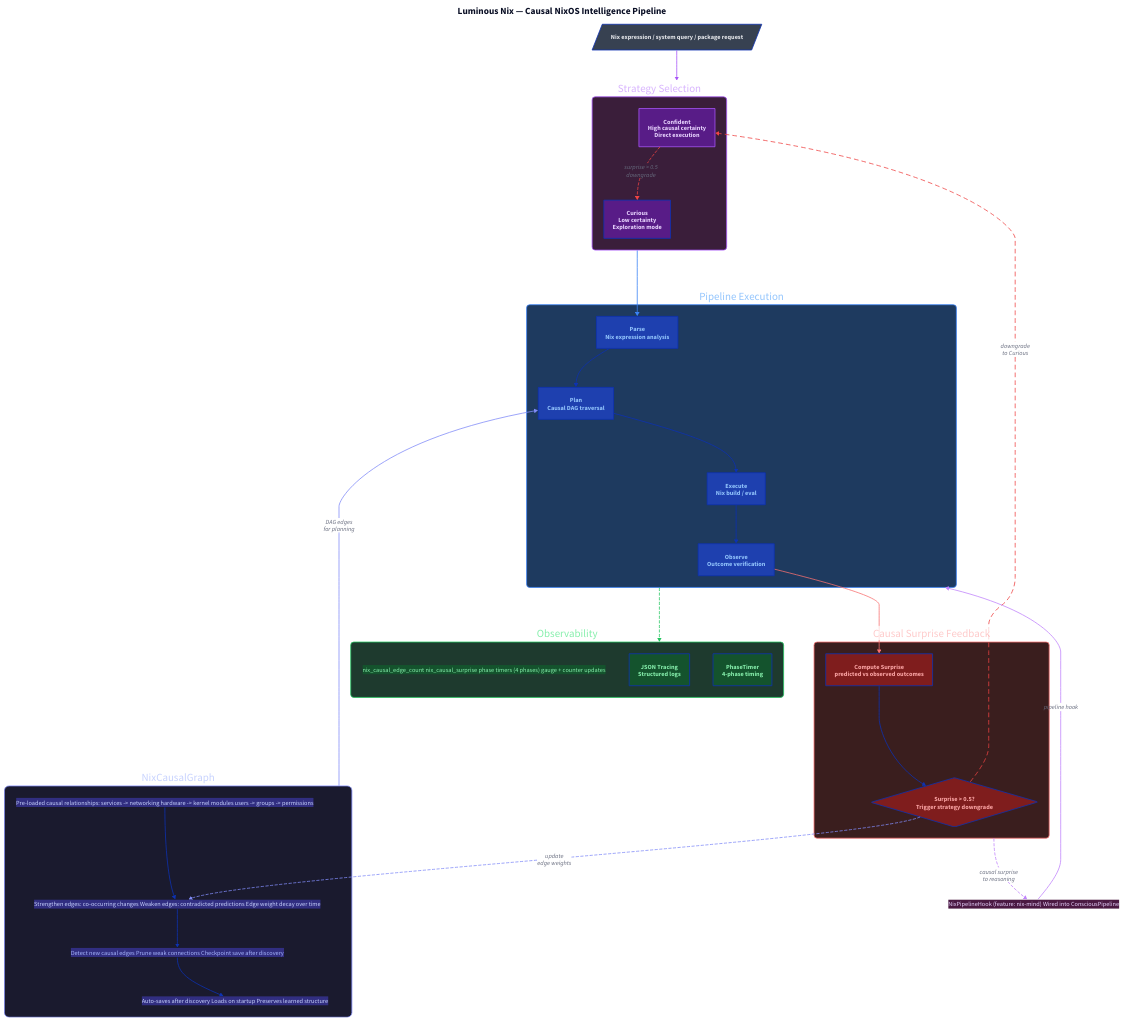
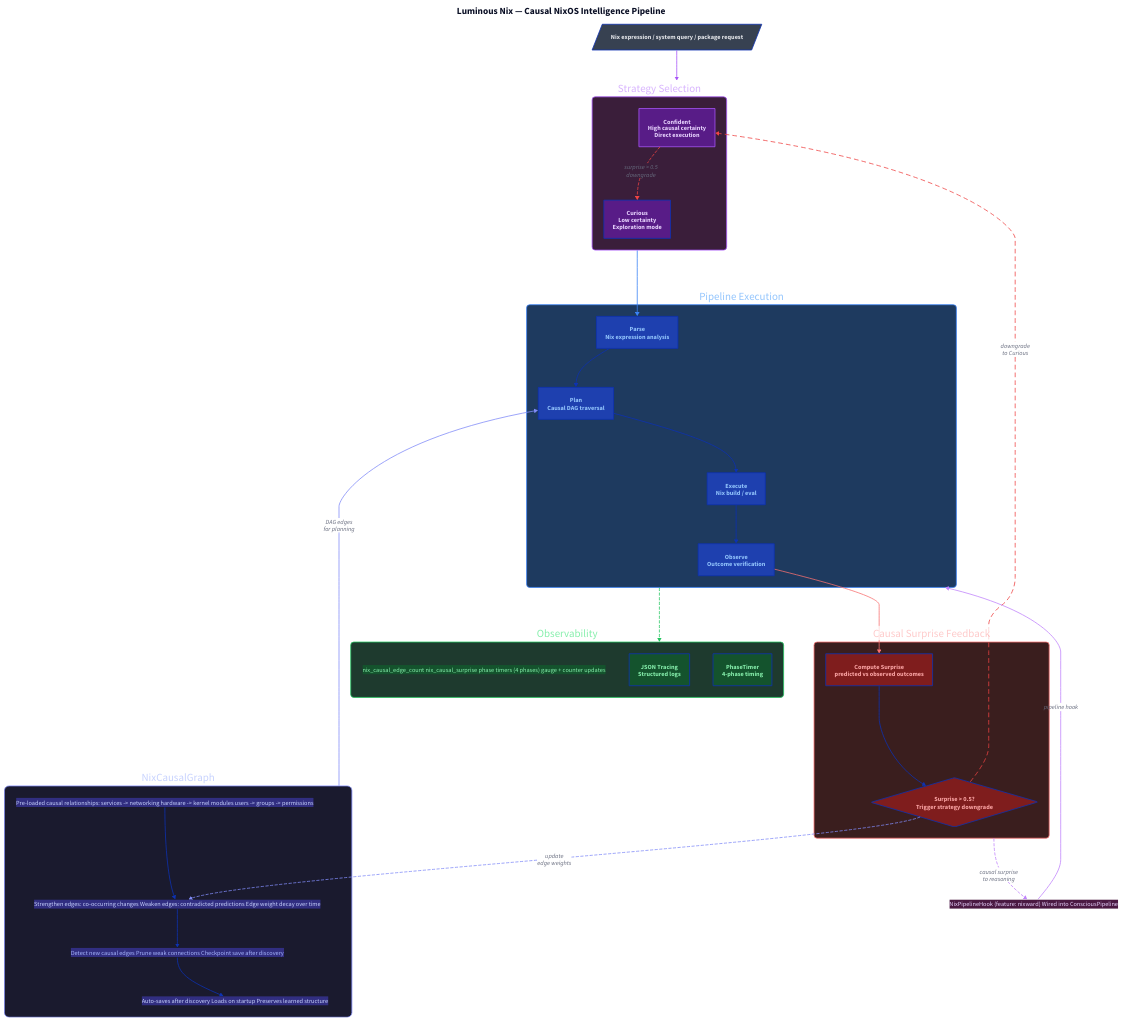
The diagram in docs/architecture/d2/luminous-nix-pipeline.d2 (Luminous-Dynamics/symthaea), drawn with D2 before and after one commit. The commit also changed 569 other files, not shown here.

```diff
--- a/docs/architecture/d2/luminous-nix-pipeline.d2
+++ b/docs/architecture/d2/luminous-nix-pipeline.d2
@@ -1,197 +1,197 @@
 # Luminous Nix Pipeline — NixOS Configuration Intelligence
 # Professional Tier 1 Diagram
 
 direction: down
 
 title: {
   label: Luminous Nix — Causal NixOS Intelligence Pipeline
   near: top-center
   shape: text
   style.font-size: 24
   style.bold: true
 }
 
 # ═══════════════════════════════════════════
 # INPUT
 # ═══════════════════════════════════════════
 input: NixOS Configuration Request {
   shape: parallelogram
   style.fill: "#374151"
   style.font-color: "#e5e7eb"
   label: Nix expression / system query / package request
 }
 
 # ═══════════════════════════════════════════
 # STRATEGY SELECTION
 # ═══════════════════════════════════════════
 strategy: Strategy Selection {
   style.fill: "#3a1e3a"
   style.stroke: "#a855f7"
   style.font-color: "#d8b4fe"
   style.border-radius: 8
 
   confident: "Confident\nHigh causal certainty\nDirect execution" {
     style.fill: "#581c87"
     style.font-color: "#e9d5ff"
     style.stroke: "#a855f7"
   }
   curious: "Curious\nLow certainty\nExploration mode" {
     style.fill: "#581c87"
     style.font-color: "#e9d5ff"
   }
 
   confident -> curious: "surprise > 0.5\ndowngrade" {
     style.stroke: "#ef4444"
     style.stroke-dash: 3
   }
 }
 
 # ═══════════════════════════════════════════
 # CAUSAL GRAPH
 # ═══════════════════════════════════════════
 causal: NixCausalGraph {
   style.fill: "#1a1a2e"
   style.stroke: "#818cf8"
   style.font-color: "#c7d2fe"
   style.border-radius: 12
 
   bootstrap: "Bootstrap\n~210 NixOS Patterns" {
     style.fill: "#312e81"
     style.font-color: "#c7d2fe"
     label: |md
       Pre-loaded causal relationships:
       services -> networking
       hardware -> kernel modules
       users -> groups -> permissions
     |
   }
 
   learn: "Hebbian Learning\n(every cycle)" {
     style.fill: "#312e81"
     style.font-color: "#c7d2fe"
     label: |md
       Strengthen edges: co-occurring changes
       Weaken edges: contradicted predictions
       Edge weight decay over time
     |
   }
 
   discover: "Structure Discovery\n(every 50 cycles)" {
     style.fill: "#312e81"
     style.font-color: "#a5b4fc"
     style.stroke: "#818cf8"
     label: |md
       Detect new causal edges
       Prune weak connections
       Checkpoint save after discovery
     |
   }
 
   checkpoint: "Checkpoint\nSave / Load" {
     style.fill: "#312e81"
     style.font-color: "#c7d2fe"
     label: |md
       Auto-saves after discovery
       Loads on startup
       Preserves learned structure
     |
   }
 
   bootstrap -> learn -> discover -> checkpoint
 }
 
 # ═══════════════════════════════════════════
 # PIPELINE EXECUTION
 # ═══════════════════════════════════════════
 execution: Pipeline Execution {
   style.fill: "#1e3a5f"
   style.stroke: "#3b82f6"
   style.font-color: "#93c5fd"
   style.border-radius: 8
 
   parse: "Parse\nNix expression analysis" {style.fill: "#1e40af"; style.font-color: "#93c5fd"}
   plan: "Plan\nCausal DAG traversal" {style.fill: "#1e40af"; style.font-color: "#93c5fd"}
   execute: "Execute\nNix build / eval" {style.fill: "#1e40af"; style.font-color: "#93c5fd"}
   observe: "Observe\nOutcome verification" {style.fill: "#1e40af"; style.font-color: "#93c5fd"}
 
   parse -> plan -> execute -> observe
 }
 
 # ═══════════════════════════════════════════
 # SURPRISE FEEDBACK
 # ═══════════════════════════════════════════
 surprise: Causal Surprise Feedback {
   style.fill: "#3a1e1e"
   style.stroke: "#f87171"
   style.font-color: "#fecaca"
   style.border-radius: 8
 
   compute: "Compute Surprise\npredicted vs observed outcomes" {
     style.fill: "#7f1d1d"
     style.font-color: "#fca5a5"
   }
   threshold: "Surprise > 0.5?\nTrigger strategy downgrade" {
     shape: diamond
     style.fill: "#7f1d1d"
     style.font-color: "#fca5a5"
   }
 
   compute -> threshold
 }
 
 # ═══════════════════════════════════════════
 # OBSERVABILITY
 # ═══════════════════════════════════════════
 observability: Observability {
   style.fill: "#1e3a2e"
   style.stroke: "#22c55e"
   style.font-color: "#86efac"
   style.border-radius: 8
 
   metrics: "9 Prometheus Metrics\n/metrics endpoint" {
     style.fill: "#14532d"
     style.font-color: "#86efac"
     label: |md
       nix_causal_edge_count
       nix_causal_surprise
       phase timers (4 phases)
       gauge + counter updates
     |
   }
   tracing: "JSON Tracing\nStructured logs" {style.fill: "#14532d"; style.font-color: "#86efac"}
   timer: "PhaseTimer\n4-phase timing" {style.fill: "#14532d"; style.font-color: "#86efac"}
 }
 
 # ═══════════════════════════════════════════
 # SYMTHAEA INTEGRATION
 # ═══════════════════════════════════════════
 symthaea: Symthaea Integration {
   shape: hexagon
   style.fill: "#4a1942"
   style.stroke: "#c084fc"
   style.font-color: "#e9d5ff"
   label: |md
     NixPipelineHook
-    (feature: nix-mind)
+    (feature: nixward)
     Wired into ConsciousPipeline
   |
 }
 
 # ═══════════════════════════════════════════
 # FLOW
 # ═══════════════════════════════════════════
 input -> strategy {style.stroke: "#a855f7"}
 strategy -> execution.parse {style.stroke: "#3b82f6"; style.stroke-width: 2}
 causal -> execution.plan: "DAG edges\nfor planning" {style.stroke: "#818cf8"; style.stroke-width: 2}
 execution.observe -> surprise.compute {style.stroke: "#f87171"}
 surprise.threshold -> strategy.confident: "downgrade\nto Curious" {
   style.stroke: "#ef4444"
   style.stroke-dash: 5
 }
 surprise.threshold -> causal.learn: "update\nedge weights" {
   style.stroke: "#818cf8"
   style.stroke-dash: 3
 }
 execution -> observability {style.stroke: "#22c55e"; style.stroke-dash: 3}
 symthaea -> execution: "pipeline hook" {style.stroke: "#c084fc"; style.stroke-width: 2}
 surprise -> symthaea: "causal surprise\nto reasoning" {style.stroke: "#c084fc"; style.stroke-dash: 3}
```
